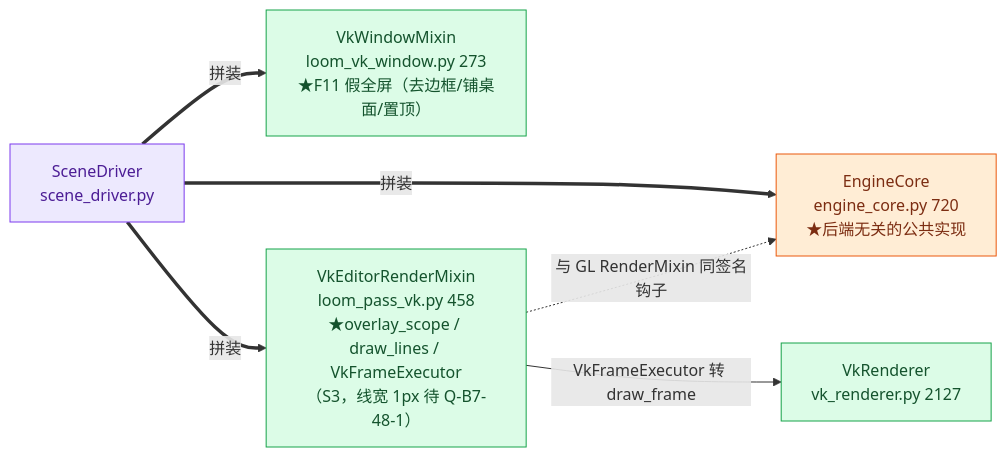
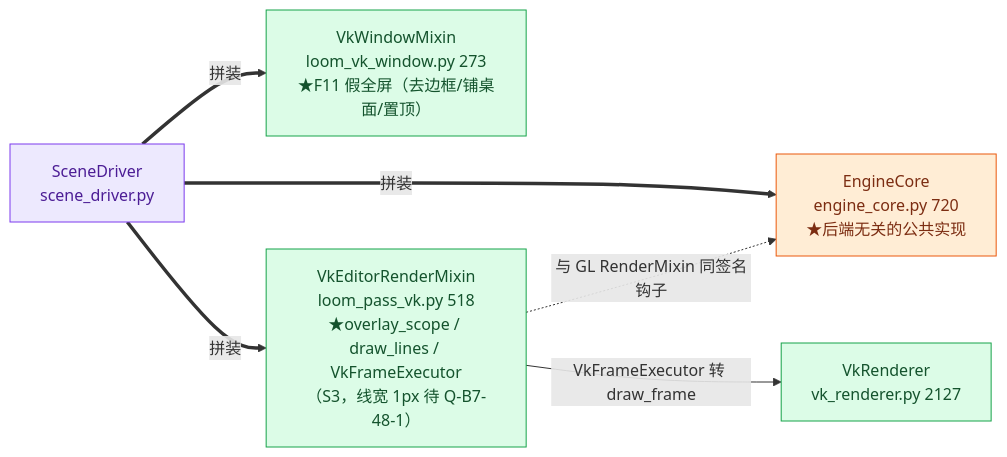
The third of 23 diagrams in ARCHITECTURE.md (lhy302/WeaveEngine), drawn with Mermaid before and after one commit. The commit also changed other lines of this file and 9 other files, not shown here.

````diff
--- a/ARCHITECTURE.md
+++ b/ARCHITECTURE.md
@@ -184,12 +184,12 @@
 ```mermaid
 flowchart LR
   S["SceneDriver<br/>scene_driver.py"]:::facade
   S ==>|拼装| K["EngineCore<br/>engine_core.py 720<br/>★后端无关的公共实现"]:::contract
   S ==>|拼装| W["VkWindowMixin<br/>loom_vk_window.py 273<br/>★F11 假全屏（去边框/铺桌面/置顶）"]:::impl
-  S ==>|拼装| V["VkEditorRenderMixin<br/>loom_pass_vk.py 458<br/>★overlay_scope / draw_lines / VkFrameExecutor<br/>（S3，线宽 1px 待 Q-B7-48-1）"]:::impl
+  S ==>|拼装| V["VkEditorRenderMixin<br/>loom_pass_vk.py 518<br/>★overlay_scope / draw_lines / VkFrameExecutor<br/>（S3，线宽 1px 待 Q-B7-48-1）"]:::impl
   V -->|VkFrameExecutor 转 draw_frame| R["VkRenderer<br/>vk_renderer.py 2127"]:::impl
   V -.->|与 GL RenderMixin 同签名钩子| K
   classDef facade fill:#ede9fe,stroke:#7c3aed,color:#4c1d95
   classDef impl fill:#dcfce7,stroke:#16a34a,color:#14532d
   classDef contract fill:#ffedd5,stroke:#ea580c,color:#7c2d12
 ```
````
